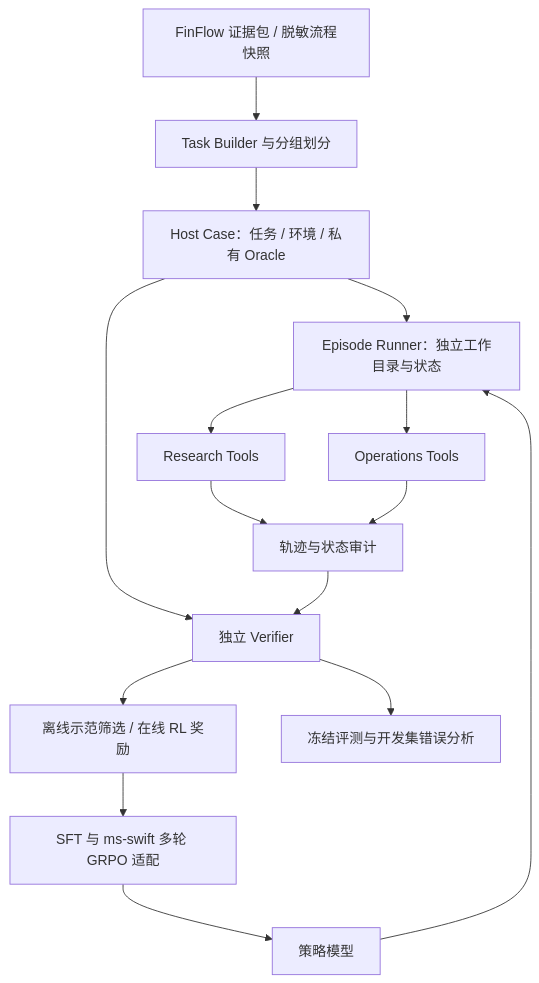
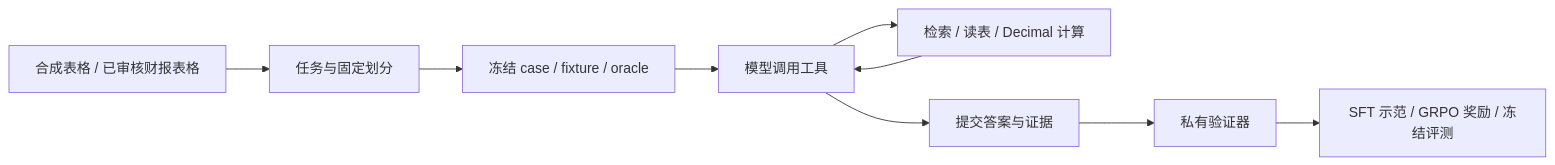
The diagram in agent/README.md (Chal1ce/FinFlow), drawn with Mermaid before and after one commit. The commit also changed other lines of this file and 52 other files, not shown here.

Commit message:
docs: focus public guides on usage and architecture

````diff
--- a/agent/README.md
+++ b/agent/README.md
@@ -48,17 +37,11 @@
 ```mermaid
-flowchart TB
-    F[FinFlow 证据包 / 脱敏流程快照] --> B[Task Builder 与分组划分]
-    B --> H[Host Case：任务 / 环境 / 私有 Oracle]
-    H --> E[Episode Runner：独立工作目录与状态]
-    P[策略模型] --> E
-    E --> R[Research Tools]
-    E --> O[Operations Tools]
-    R --> T[轨迹与状态审计]
-    O --> T
-    H --> V[独立 Verifier]
-    T --> V
-    V --> D[离线示范筛选 / 在线 RL 奖励]
-    D --> S[SFT 与 ms-swift 多轮 GRPO 适配]
-    S --> P
-    V --> Q[冻结评测与开发集错误分析]
+flowchart LR
+    A[合成表格 / 已审核财报表格] --> B[任务与固定划分]
+    B --> C[冻结 case / fixture / oracle]
+    C --> D[模型调用工具]
+    D --> E[检索 / 读表 / Decimal 计算]
+    E --> D
+    D --> F[提交答案与证据]
+    F --> G[私有验证器]
+    G --> H[SFT 示范 / GRPO 奖励 / 冻结评测]
 ```
````
